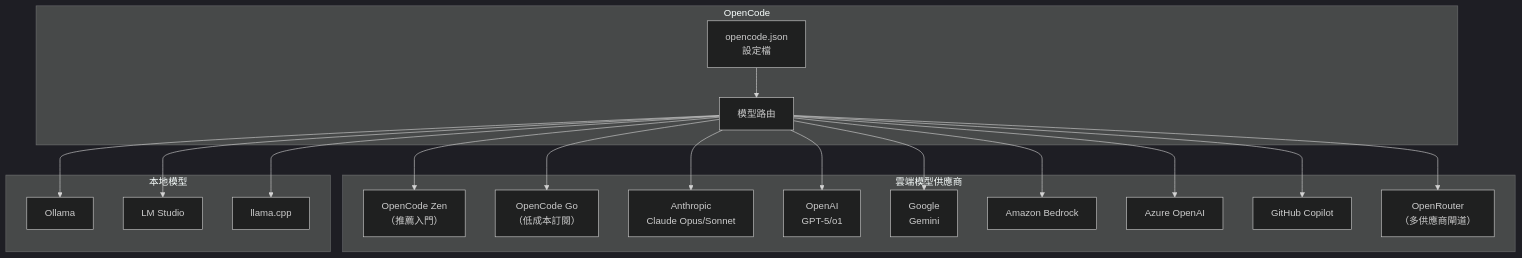
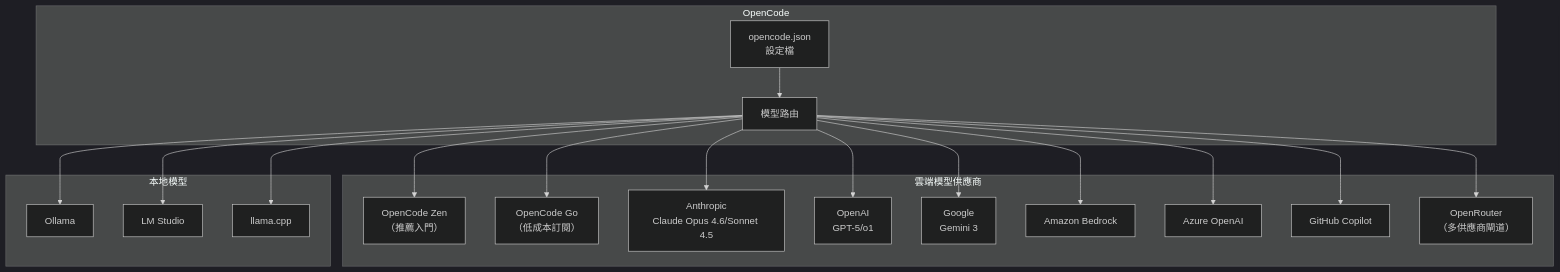
The eighth of 44 diagrams in content/posts/教學/AI開發/opencode生態系教學手冊.md (chihhung/Blog), drawn with Mermaid (dark theme) before and after one commit. The commit also changed other lines of this file and 3 other files, not shown here.

````diff
--- a/content/posts/教學/AI開發/opencode生態系教學手冊.md
+++ b/content/posts/教學/AI開發/opencode生態系教學手冊.md
@@ -457,39 +1369,39 @@
 ```mermaid
 graph TB
     subgraph "OpenCode"
         Config["opencode.json<br/>設定檔"]
         Router["模型路由"]
     end
 
     subgraph "雲端模型供應商"
         Zen["OpenCode Zen<br/>（推薦入門）"]
         Go["OpenCode Go<br/>（低成本訂閱）"]
-        Anthropic["Anthropic<br/>Claude Opus/Sonnet"]
+        Anthropic["Anthropic<br/>Claude Opus 4.6/Sonnet 4.5"]
         OpenAI["OpenAI<br/>GPT-5/o1"]
-        Google["Google<br/>Gemini"]
+        Google["Google<br/>Gemini 3"]
         Bedrock["Amazon Bedrock"]
         AzureOAI["Azure OpenAI"]
         Copilot["GitHub Copilot"]
         OR["OpenRouter<br/>（多供應商閘道）"]
     end
 
     subgraph "本地模型"
         Ollama["Ollama"]
         LMStudio["LM Studio"]
         LlamaCpp["llama.cpp"]
     end
 
     Config --> Router
     Router --> Zen
     Router --> Go
     Router --> Anthropic
     Router --> OpenAI
     Router --> Google
     Router --> Bedrock
     Router --> AzureOAI
     Router --> Copilot
     Router --> OR
     Router --> Ollama
     Router --> LMStudio
     Router --> LlamaCpp
 ```
````
